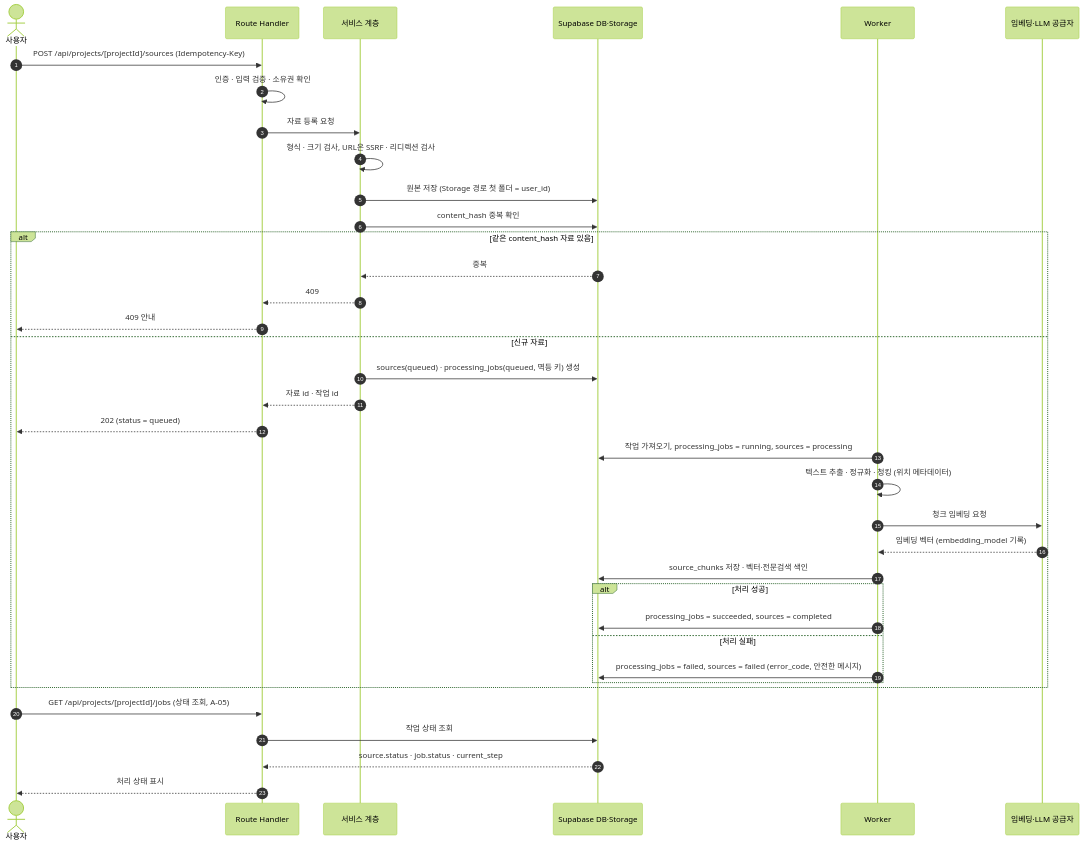
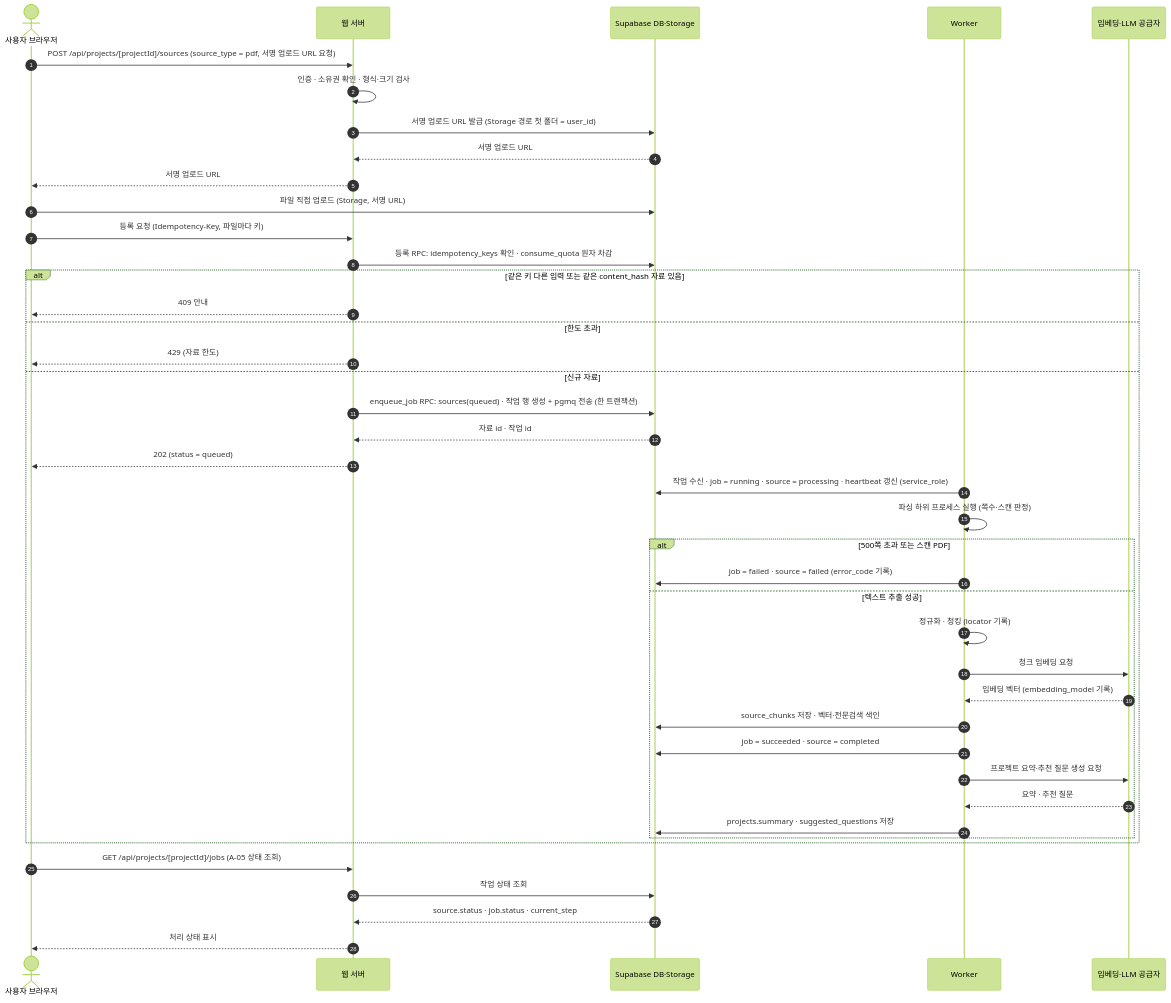
One commit to DevOps0906/KNOWFLOW-AI changed the diagram in docs/diagrams/seq-ingest.mmd. Above: the diagram before and after it, drawn with Mermaid (forest theme). The commit also changed 42 other files, not shown here.

```diff
--- a/docs/diagrams/seq-ingest.mmd
+++ b/docs/diagrams/seq-ingest.mmd
@@ -1,38 +1,43 @@
 sequenceDiagram
   autonumber
-  actor U as 사용자
-  participant A as Route Handler
-  participant S as 서비스 계층
+  actor U as 사용자 브라우저
+  participant A as 웹 서버
   participant D as Supabase DB·Storage
   participant W as Worker
   participant E as 임베딩·LLM 공급자
 
-  U->>A: POST /api/projects/[projectId]/sources (Idempotency-Key)
-  A->>A: 인증 · 입력 검증 · 소유권 확인
-  A->>S: 자료 등록 요청
-  S->>S: 형식 · 크기 검사, URL은 SSRF · 리디렉션 검사
-  S->>D: 원본 저장 (Storage 경로 첫 폴더 = user_id)
-  S->>D: content_hash 중복 확인
-  alt 같은 content_hash 자료 있음
-    D-->>S: 중복
-    S-->>A: 409
+  U->>A: POST /api/projects/[projectId]/sources (source_type = pdf, 서명 업로드 URL 요청)
+  A->>A: 인증 · 소유권 확인 · 형식·크기 검사
+  A->>D: 서명 업로드 URL 발급 (Storage 경로 첫 폴더 = user_id)
+  D-->>A: 서명 업로드 URL
+  A-->>U: 서명 업로드 URL
+  U->>D: 파일 직접 업로드 (Storage, 서명 URL)
+  U->>A: 등록 요청 (Idempotency-Key, 파일마다 키)
+  A->>D: 등록 RPC: idempotency_keys 확인 · consume_quota 원자 차감
+  alt 같은 키 다른 입력 또는 같은 content_hash 자료 있음
     A-->>U: 409 안내
+  else 한도 초과
+    A-->>U: 429 (자료 한도)
   else 신규 자료
-    S->>D: sources(queued) · processing_jobs(queued, 멱등 키) 생성
-    S-->>A: 자료 id · 작업 id
+    A->>D: enqueue_job RPC: sources(queued) · 작업 행 생성 + pgmq 전송 (한 트랜잭션)
+    D-->>A: 자료 id · 작업 id
     A-->>U: 202 (status = queued)
-    W->>D: 작업 가져오기, processing_jobs = running, sources = processing
-    W->>W: 텍스트 추출 · 정규화 · 청킹 (위치 메타데이터)
-    W->>E: 청크 임베딩 요청
-    E-->>W: 임베딩 벡터 (embedding_model 기록)
-    W->>D: source_chunks 저장 · 벡터·전문검색 색인
-    alt 처리 성공
-      W->>D: processing_jobs = succeeded, sources = completed
-    else 처리 실패
-      W->>D: processing_jobs = failed, sources = failed (error_code, 안전한 메시지)
+    W->>D: 작업 수신 · job = running · source = processing · heartbeat 갱신 (service_role)
+    W->>W: 파싱 하위 프로세스 실행 (쪽수·스캔 판정)
+    alt 500쪽 초과 또는 스캔 PDF
+      W->>D: job = failed · source = failed (error_code 기록)
+    else 텍스트 추출 성공
+      W->>W: 정규화 · 청킹 (locator 기록)
+      W->>E: 청크 임베딩 요청
+      E-->>W: 임베딩 벡터 (embedding_model 기록)
+      W->>D: source_chunks 저장 · 벡터·전문검색 색인
+      W->>D: job = succeeded · source = completed
+      W->>E: 프로젝트 요약·추천 질문 생성 요청
+      E-->>W: 요약 · 추천 질문
+      W->>D: projects.summary · suggested_questions 저장
     end
   end
-  U->>A: GET /api/projects/[projectId]/jobs (상태 조회, A-05)
+  U->>A: GET /api/projects/[projectId]/jobs (A-05 상태 조회)
   A->>D: 작업 상태 조회
   D-->>A: source.status · job.status · current_step
   A-->>U: 처리 상태 표시
```
